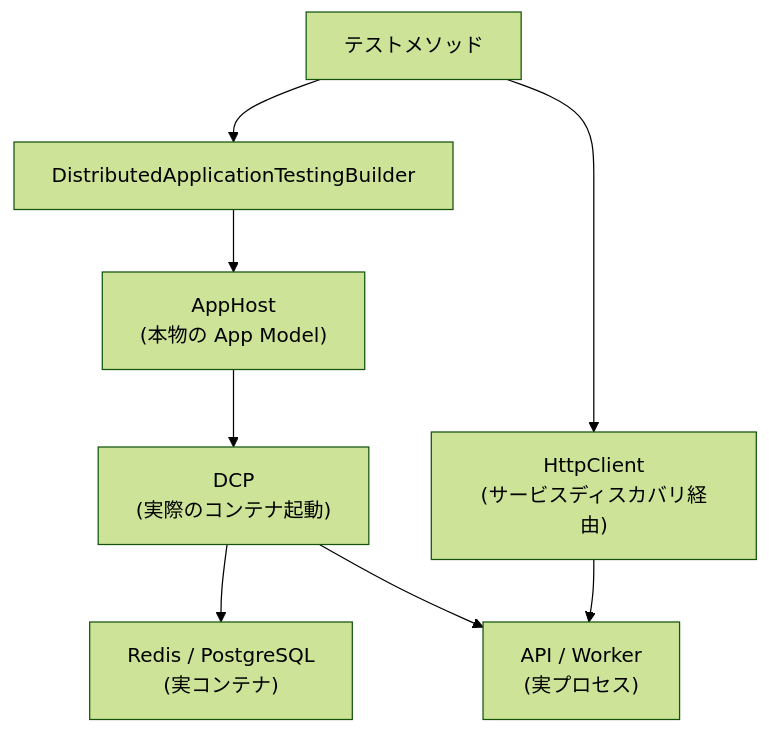
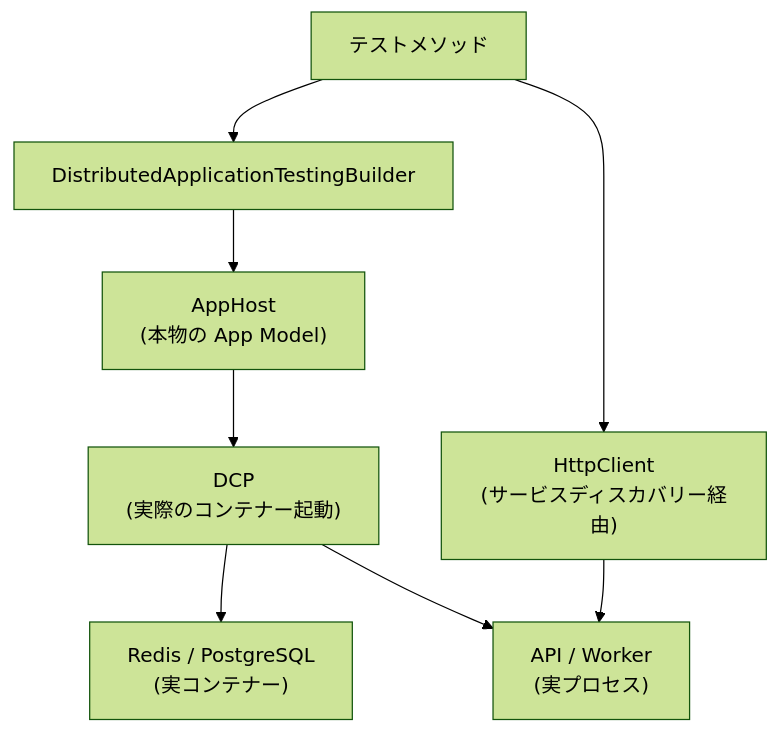
One commit to yoichiozaki/yoichiozaki.github.io changed diagram 17 of 18 in content/blog/ja/dotnet-aspire.mdx. Above: the diagram before and after it, drawn with Mermaid (forest theme). The commit also changed other lines of this file and 117 other files, not shown here.

````diff
--- a/content/blog/ja/dotnet-aspire.mdx
+++ b/content/blog/ja/dotnet-aspire.mdx
@@ -1083,11 +1083,11 @@
 ```mermaid
 graph TD
     Test["テストメソッド"] --> TestBuilder["DistributedApplicationTestingBuilder"]
     TestBuilder --> AppHost["AppHost<br/>(本物の App Model)"]
-    AppHost --> DCP["DCP<br/>(実際のコンテナ起動)"]
-    DCP --> Containers["Redis / PostgreSQL<br/>(実コンテナ)"]
+    AppHost --> DCP["DCP<br/>(実際のコンテナー起動)"]
+    DCP --> Containers["Redis / PostgreSQL<br/>(実コンテナー)"]
     DCP --> Projects["API / Worker<br/>(実プロセス)"]
 
-    Test --> Client["HttpClient<br/>(サービスディスカバリ経由)"]
+    Test --> Client["HttpClient<br/>(サービスディスカバリー経由)"]
     Client --> Projects
 ```
````
